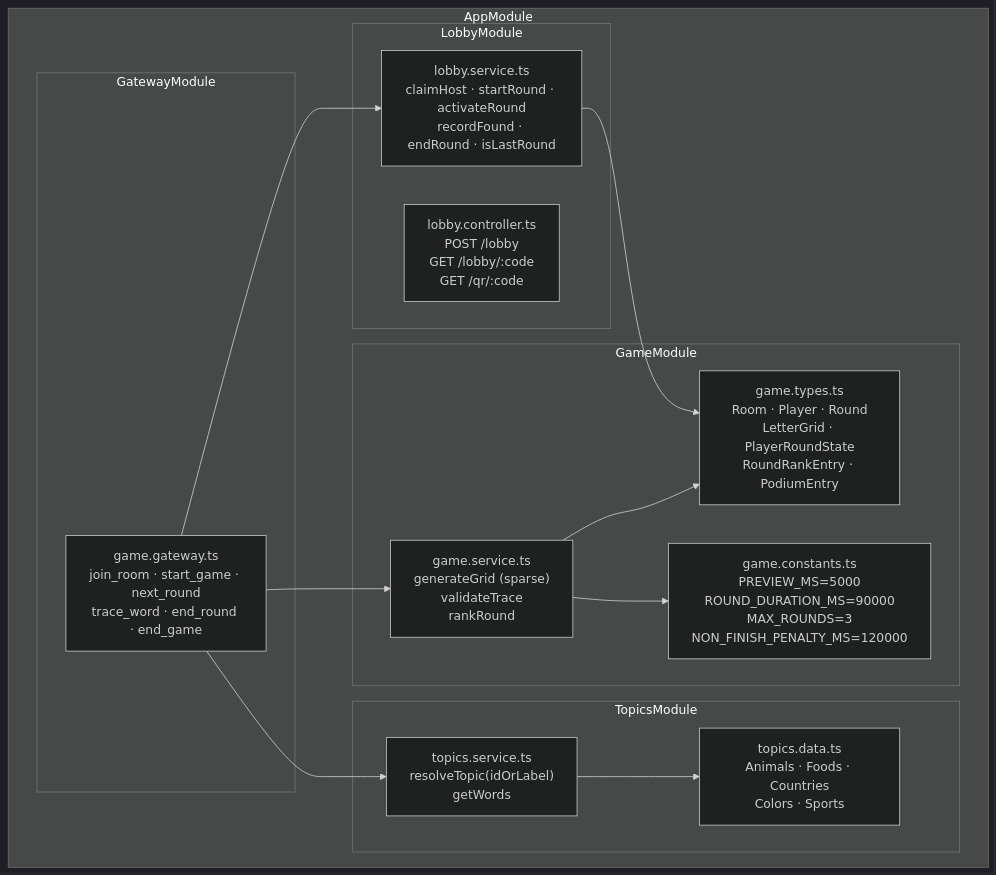
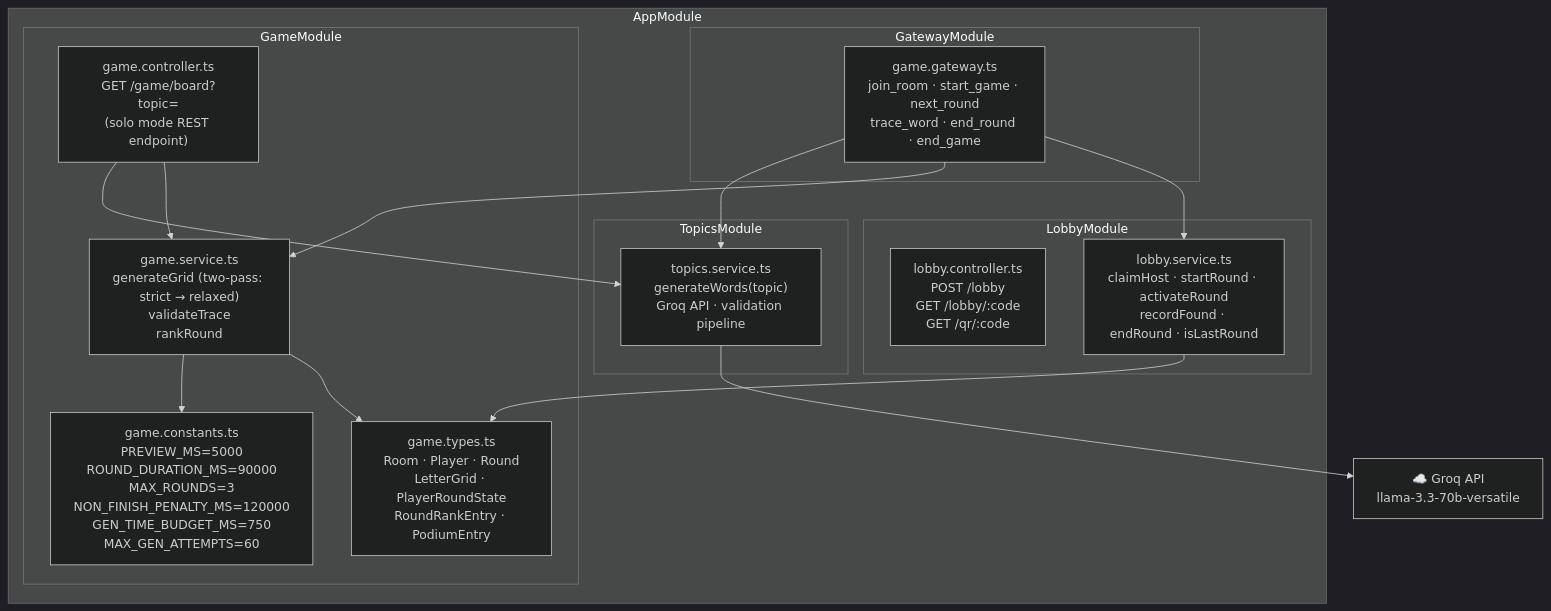
One commit to lzam0/Multiplayer-Puzzle-Game changed the first of 4 diagrams in docs/diagrams/module-map.md. Above: the diagram before and after it, drawn with Mermaid (dark theme). The commit also changed other lines of this file and 5 other files, not shown here.

Commit message:
docs: update docs and diagrams to reflect two-pass board generation and solo mode

````diff
--- a/docs/diagrams/module-map.md
+++ b/docs/diagrams/module-map.md
@@ -5,32 +5,36 @@
 ```mermaid
 graph TD
     subgraph AppModule
         subgraph GatewayModule
             GW["game.gateway.ts\njoin_room · start_game · next_round\ntrace_word · end_round · end_game"]
         end
 
         subgraph LobbyModule
             LC["lobby.controller.ts\nPOST /lobby\nGET /lobby/:code\nGET /qr/:code"]
             LS["lobby.service.ts\nclaimHost · startRound · activateRound\nrecordFound · endRound · isLastRound"]
         end
 
         subgraph GameModule
-            GS["game.service.ts\ngenerateGrid (sparse)\nvalidateTrace\nrankRound"]
+            GC2["game.controller.ts\nGET /game/board?topic=\n(solo mode REST endpoint)"]
+            GS["game.service.ts\ngenerateGrid (two-pass: strict → relaxed)\nvalidateTrace\nrankRound"]
             GT["game.types.ts\nRoom · Player · Round\nLetterGrid · PlayerRoundState\nRoundRankEntry · PodiumEntry"]
-            GC["game.constants.ts\nPREVIEW_MS=5000\nROUND_DURATION_MS=90000\nMAX_ROUNDS=3\nNON_FINISH_PENALTY_MS=120000"]
+            GC["game.constants.ts\nPREVIEW_MS=5000\nROUND_DURATION_MS=90000\nMAX_ROUNDS=3\nNON_FINISH_PENALTY_MS=120000\nGEN_TIME_BUDGET_MS=750\nMAX_GEN_ATTEMPTS=60"]
         end
 
         subgraph TopicsModule
-            TS["topics.service.ts\nresolveTopic(idOrLabel)\ngetWords"]
-            TD["topics.data.ts\nAnimals · Foods · Countries\nColors · Sports"]
+            TS["topics.service.ts\ngenerateWords(topic)\nGroq API · validation pipeline"]
         end
     end
+
+    GROQ["☁️ Groq API\nllama-3.3-70b-versatile"]
 
     GW --> LS
     GW --> GS
     GW --> TS
-    TS --> TD
+    GC2 --> GS
+    GC2 --> TS
+    TS --> GROQ
     GS --> GT
     GS --> GC
     LS --> GT
 ```
````
